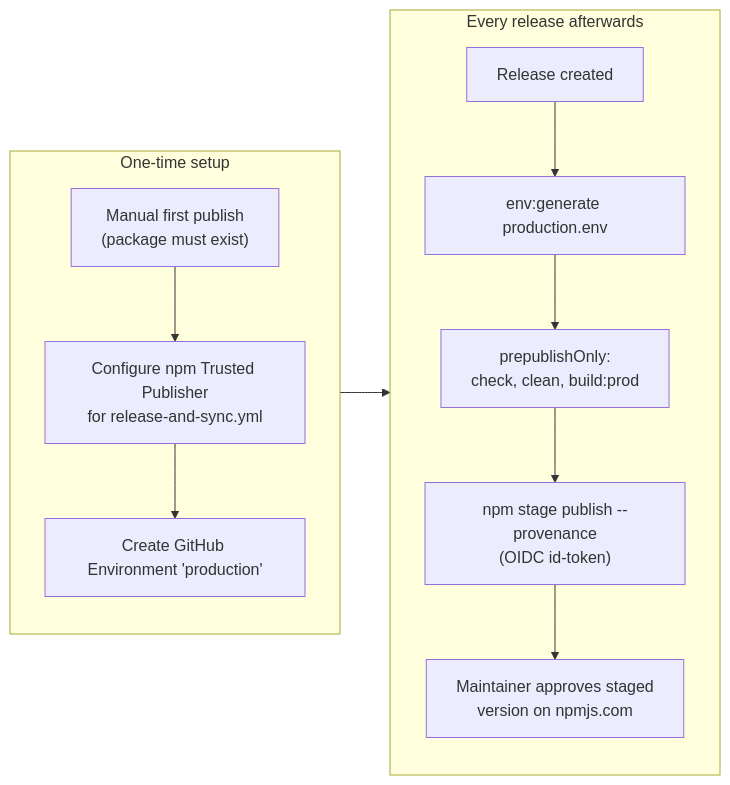
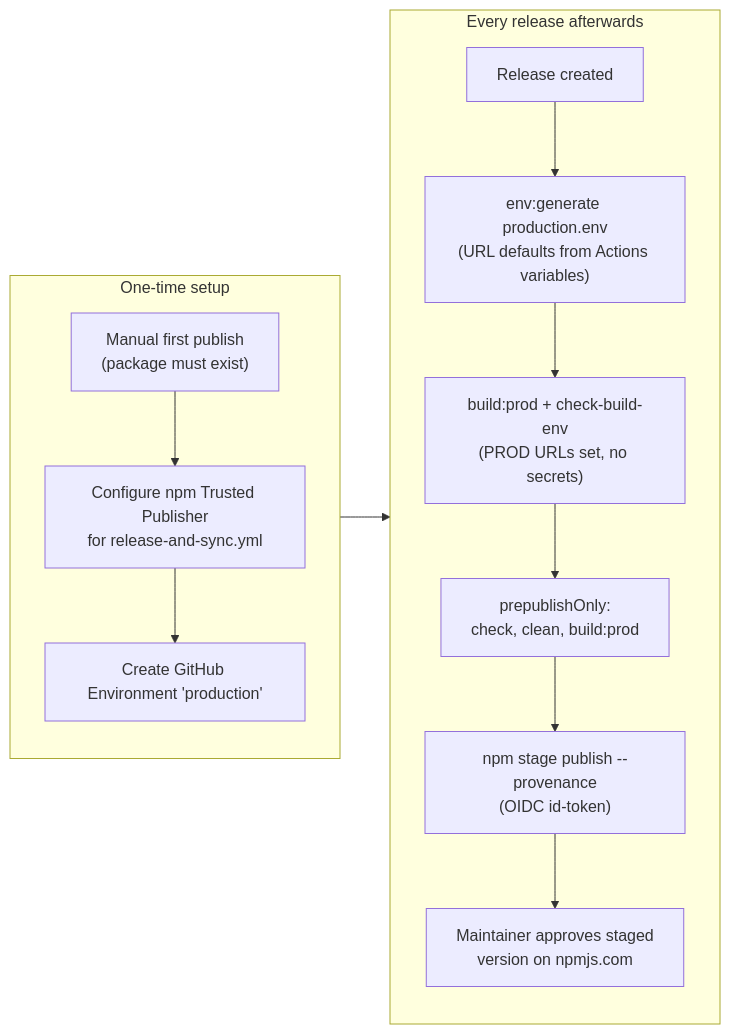
The ninth of 9 diagrams in RELEASE_PROCESS.md (Digital-Assistant/Digital-Assistant-SDK), drawn with Mermaid before and after one commit. The commit also changed other lines of this file and 26 other files, not shown here.

First line of the commit message:
feat: choose TEST or PROD at runtime and ship URL defaults

````diff
--- a/RELEASE_PROCESS.md
+++ b/RELEASE_PROCESS.md
@@ -389,16 +389,17 @@
 ```mermaid
 flowchart LR
     subgraph ONCE ["One-time setup"]
         direction TB
         M1["Manual first publish<br/>(package must exist)"] --> M2["Configure npm Trusted Publisher<br/>for release-and-sync.yml"]
         M2 --> M3["Create GitHub Environment 'production'"]
     end
     subgraph AUTO ["Every release afterwards"]
         direction TB
-        R1["Release created"] --> R2["env:generate production.env"]
-        R2 --> R3["prepublishOnly:<br/>check, clean, build:prod"]
+        R1["Release created"] --> R2["env:generate production.env<br/>(URL defaults from Actions variables)"]
+        R2 --> R2b["build:prod + check-build-env<br/>(PROD URLs set, no secrets)"]
+        R2b --> R3["prepublishOnly:<br/>check, clean, build:prod"]
         R3 --> R4["npm stage publish --provenance<br/>(OIDC id-token)"]
         R4 --> R5["Maintainer approves staged<br/>version on npmjs.com"]
     end
     ONCE --> AUTO
 ```
````
